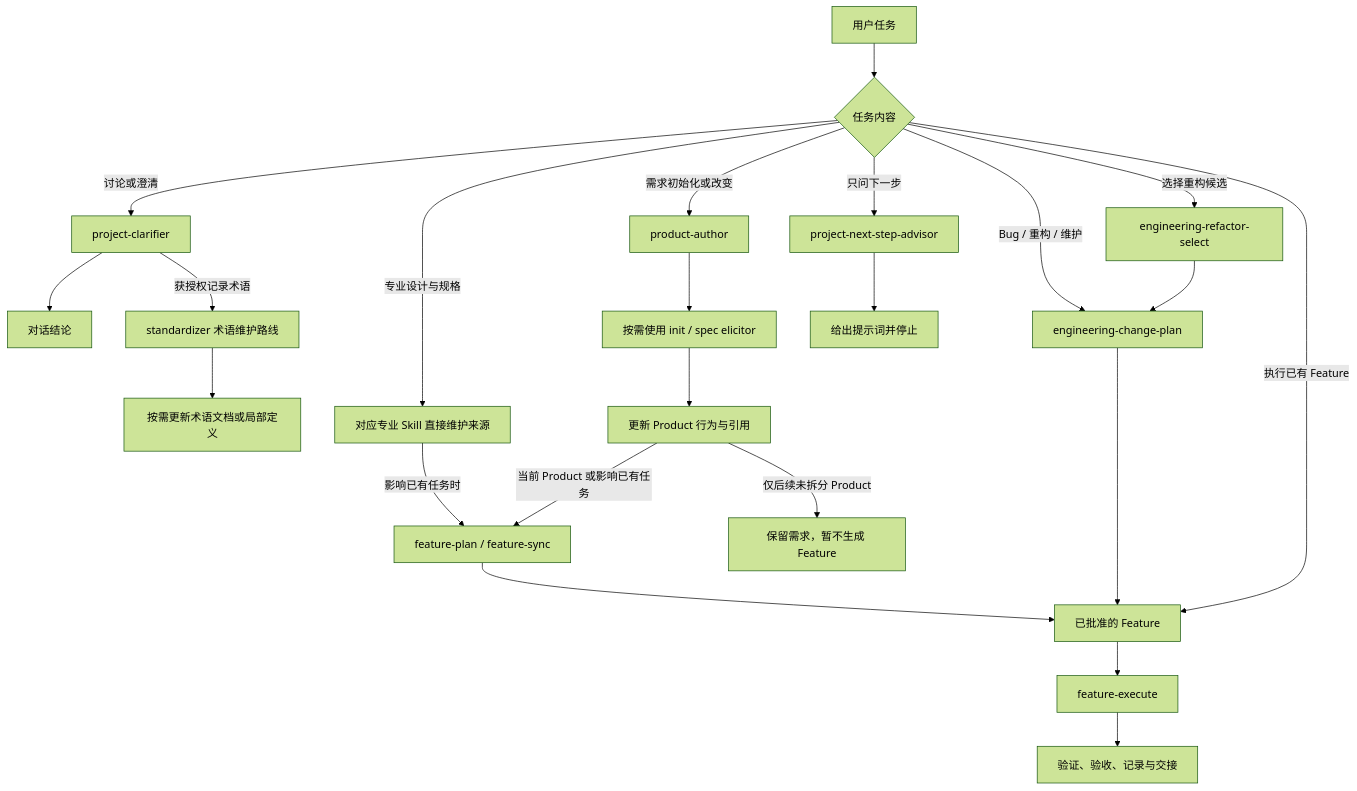
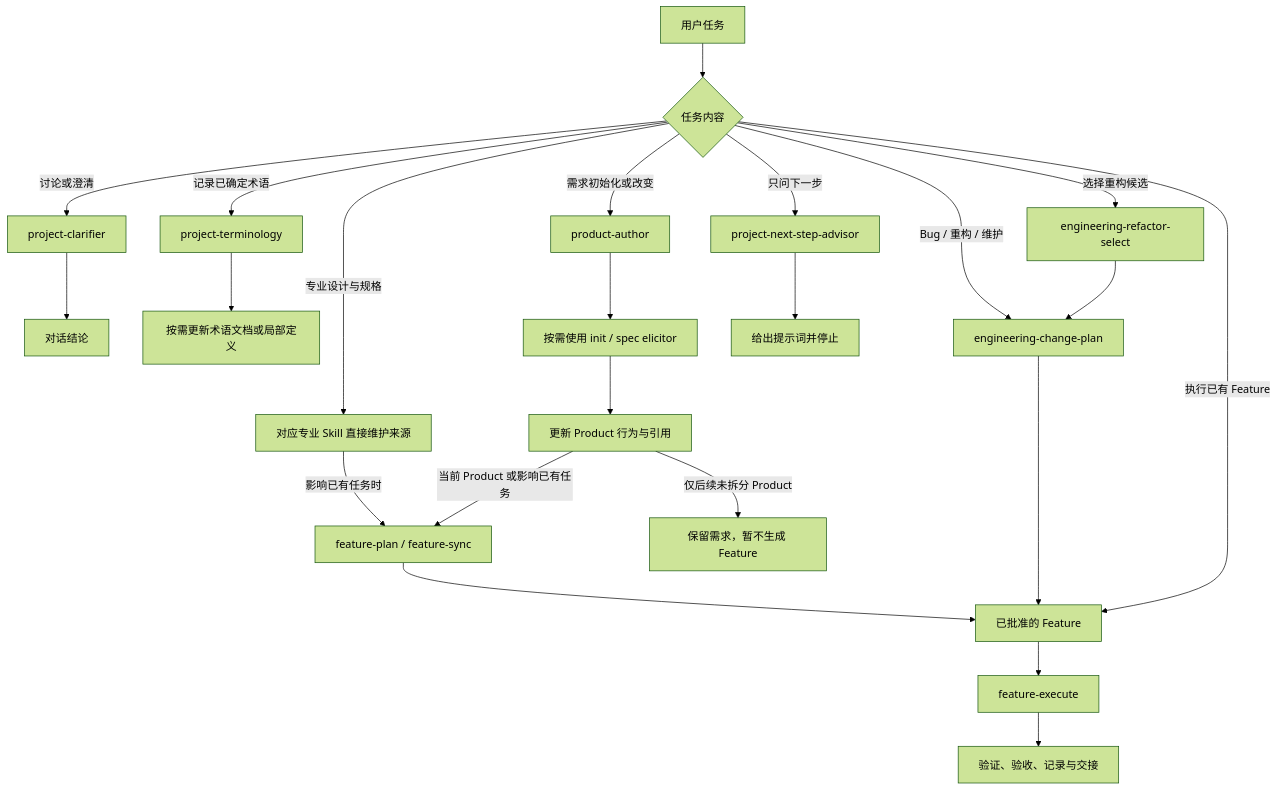
Before and after one commit to yxy823/Game_idle_yaya_frame: the first of 2 diagrams in project-source/Project_README.md, drawn with Mermaid (forest theme). The commit also changed other lines of this file and 222 other files, not shown here.

````diff
--- a/project-source/Project_README.md
+++ b/project-source/Project_README.md
@@ -69,25 +73,25 @@
 ```mermaid
 flowchart TD
     U[用户任务] --> Q{任务内容}
     Q -->|讨论或澄清| C[project-clarifier]
     C --> O[对话结论]
-    C -->|获授权记录术语| T[standardizer 术语维护路线]
+    Q -->|记录已确定术语| T[project-terminology]
     T --> K[按需更新术语文档或局部定义]
     Q -->|需求初始化或改变| P[product-author]
     P --> I[按需使用 init / spec elicitor]
     I --> D[更新 Product 行为与引用]
     Q -->|专业设计与规格| V[对应专业 Skill 直接维护来源]
     V -->|影响已有任务时| L
     D -->|当前 Product 或影响已有任务| L[feature-plan / feature-sync]
     D -->|仅后续未拆分 Product| B[保留需求，暂不生成 Feature]
     Q -->|Bug / 重构 / 维护| E[engineering-change-plan]
     Q -->|选择重构候选| S[engineering-refactor-select]
     S --> E
     Q -->|只问下一步| A[project-next-step-advisor]
     A --> H[给出提示词并停止]
     L --> F[已批准的 Feature]
     E --> F
     Q -->|执行已有 Feature| F
     F --> X[feature-execute]
     X --> R[验证、验收、记录与交接]
 ```
````
